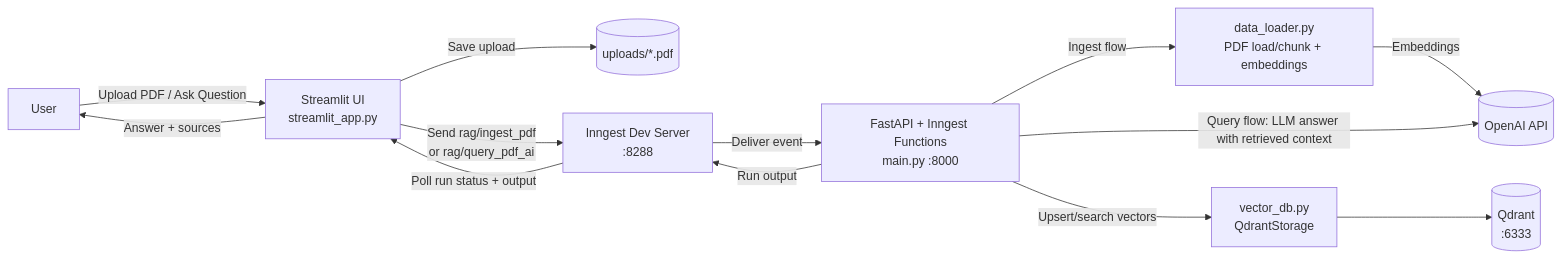
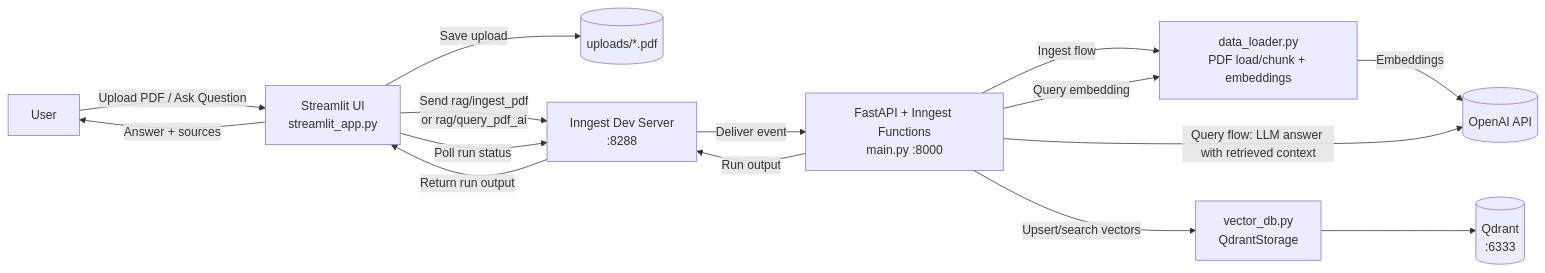
One commit to mamun39/SecureRAGPipeline changed the first of 3 diagrams in README.md. Above: the diagram before and after it, drawn with Mermaid.

Commit message:
Update readme architecture flow diagram

````diff
--- a/README.md
+++ b/README.md
@@ -34,27 +34,29 @@
 ```mermaid
 flowchart LR
     U[User]
     S[Streamlit UI<br/>streamlit_app.py]
     UP[(uploads/*.pdf)]
     I[Inngest Dev Server<br/>:8288]
     A[FastAPI + Inngest Functions<br/>main.py :8000]
     D[data_loader.py<br/>PDF load/chunk + embeddings]
     Q[vector_db.py<br/>QdrantStorage]
     V[(Qdrant<br/>:6333)]
     O[(OpenAI API)]
 
     U -->|Upload PDF / Ask Question| S
     S -->|Save upload| UP
     S -->|Send rag/ingest_pdf<br/>or rag/query_pdf_ai| I
     I -->|Deliver event| A
 
     A -->|Ingest flow| D
+    A -->|Query embedding| D
     D -->|Embeddings| O
     A -->|Upsert/search vectors| Q
     Q --> V
 
     A -->|Query flow: LLM answer with retrieved context| O
     A -->|Run output| I
-    I -->|Poll run status + output| S
+    S -->|Poll run status| I
+    I -->|Return run output| S
     S -->|Answer + sources| U
 ```
````
